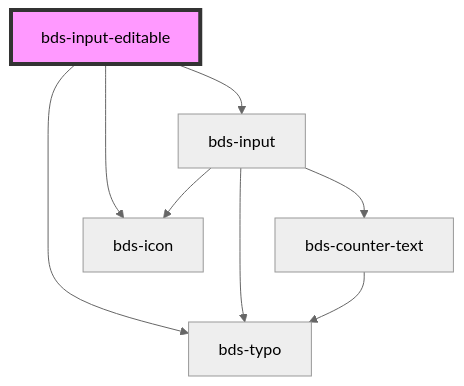
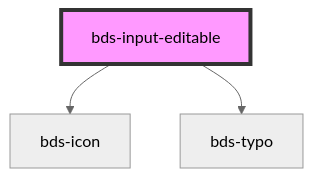
The diagram in src/components/input-editable/readme.md (takenet/blip-ds), drawn with Mermaid (neutral theme) before and after one commit. The commit also changed other lines of this file and 4 other files, not shown here.

Commit message:
fix(input-editable): uncapsulate input from input-editable

````diff
--- a/src/components/input-editable/readme.md
+++ b/src/components/input-editable/readme.md
@@ -49,11 +56,6 @@
 ```mermaid
 graph TD;
+  bds-input-editable --> bds-icon
   bds-input-editable --> bds-typo
-  bds-input-editable --> bds-icon
-  bds-input-editable --> bds-input
-  bds-input --> bds-icon
-  bds-input --> bds-typo
-  bds-input --> bds-counter-text
-  bds-counter-text --> bds-typo
   style bds-input-editable fill:#f9f,stroke:#333,stroke-width:4px
 ```
````
